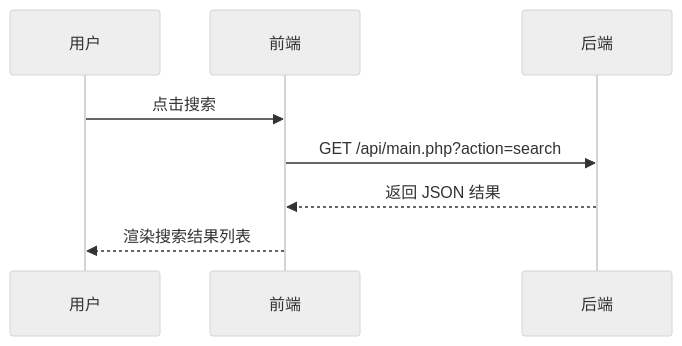
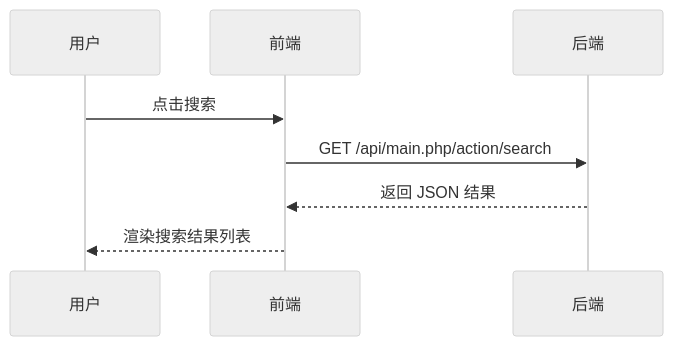
Before and after one commit to BuTingBa/FastMD: the second of 5 diagrams in docs/渲染示例[render][4].md, drawn with Mermaid (neutral theme). The commit also changed 10 other files, not shown here.

````diff
--- a/docs/渲染示例[render][4].md
+++ b/docs/渲染示例[render][4].md
@@ -167,10 +167,10 @@
 ```mermaid
 sequenceDiagram
     participant U as 用户
     participant F as 前端
     participant B as 后端
     U->>F: 点击搜索
-    F->>B: GET /api/main.php?action=search
+    F->>B: GET /api/main.php/action/search
     B-->>F: 返回 JSON 结果
     F-->>U: 渲染搜索结果列表
 ```
````
